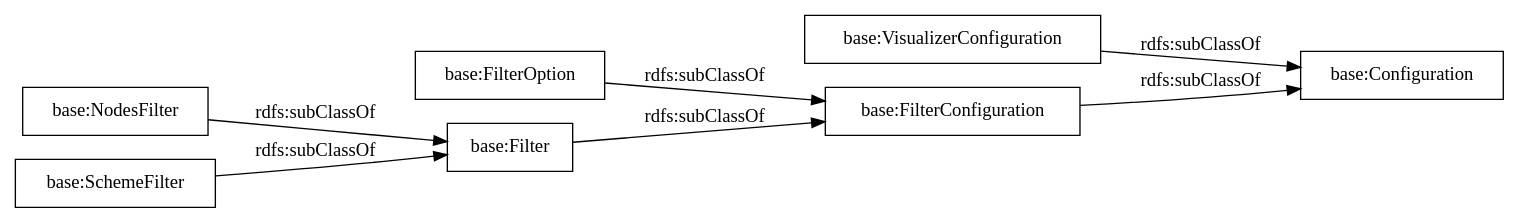
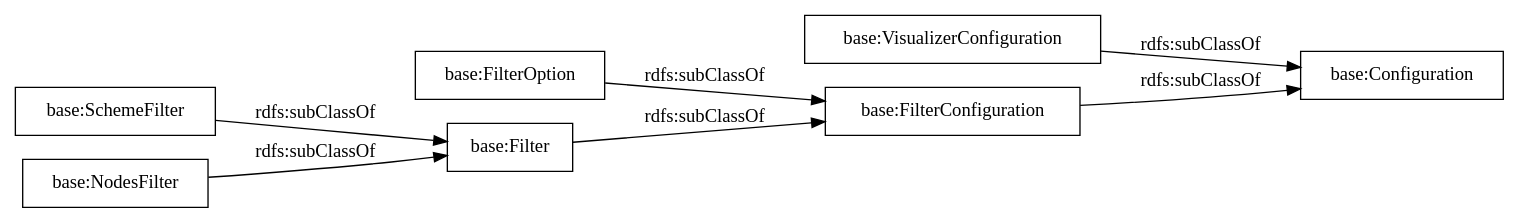
One commit to OnToologyUser/linkedpipes_applications_ontology changed the diagram in OnToology/lpapps.owl/diagrams/ar2dtool-taxonomy/lpapps.owl.png.dot. Above: the diagram before and after it, drawn with Graphviz. The commit also changed 11 other files, not shown here.

```diff
--- a/OnToology/lpapps.owl/diagrams/ar2dtool-taxonomy/lpapps.owl.png.dot
+++ b/OnToology/lpapps.owl/diagrams/ar2dtool-taxonomy/lpapps.owl.png.dot
@@ -1,12 +1,12 @@
 digraph ar2dtool_diagram { 
 rankdir=LR;
 size="1000"
-node [shape = rectangle, color="black"]; "base:VisualizerConfiguration" "base:FilterOption" "base:NodesFilter" "base:Filter" "base:SchemeFilter" "base:FilterConfiguration" "base:Configuration" ; /*classes style*/
+node [shape = rectangle, color="black"]; "base:VisualizerConfiguration" "base:SchemeFilter" "base:NodesFilter" "base:FilterOption" "base:FilterConfiguration" "base:Filter" "base:Configuration" ; /*classes style*/
 	"base:SchemeFilter" -> "base:Filter" [ label = "rdfs:subClassOf" ];
 	"base:VisualizerConfiguration" -> "base:Configuration" [ label = "rdfs:subClassOf" ];
 	"base:NodesFilter" -> "base:Filter" [ label = "rdfs:subClassOf" ];
 	"base:FilterConfiguration" -> "base:Configuration" [ label = "rdfs:subClassOf" ];
 	"base:FilterOption" -> "base:FilterConfiguration" [ label = "rdfs:subClassOf" ];
 	"base:Filter" -> "base:FilterConfiguration" [ label = "rdfs:subClassOf" ];
 
 }
```
